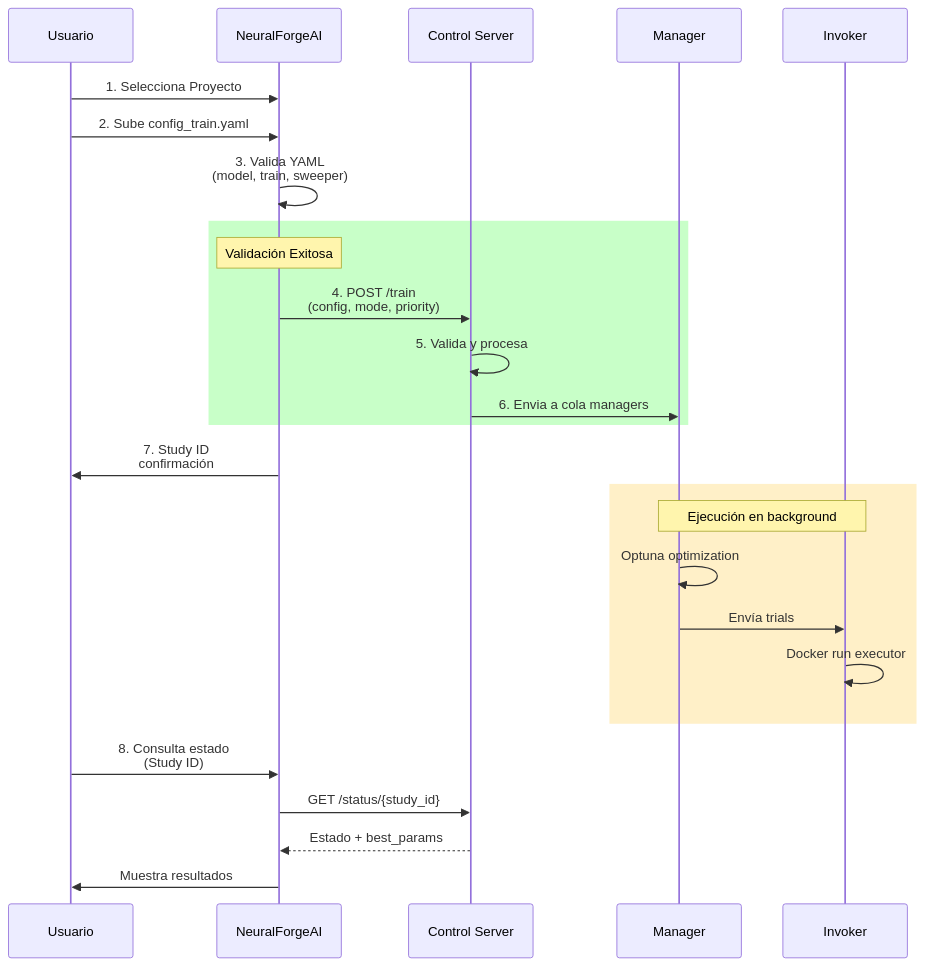
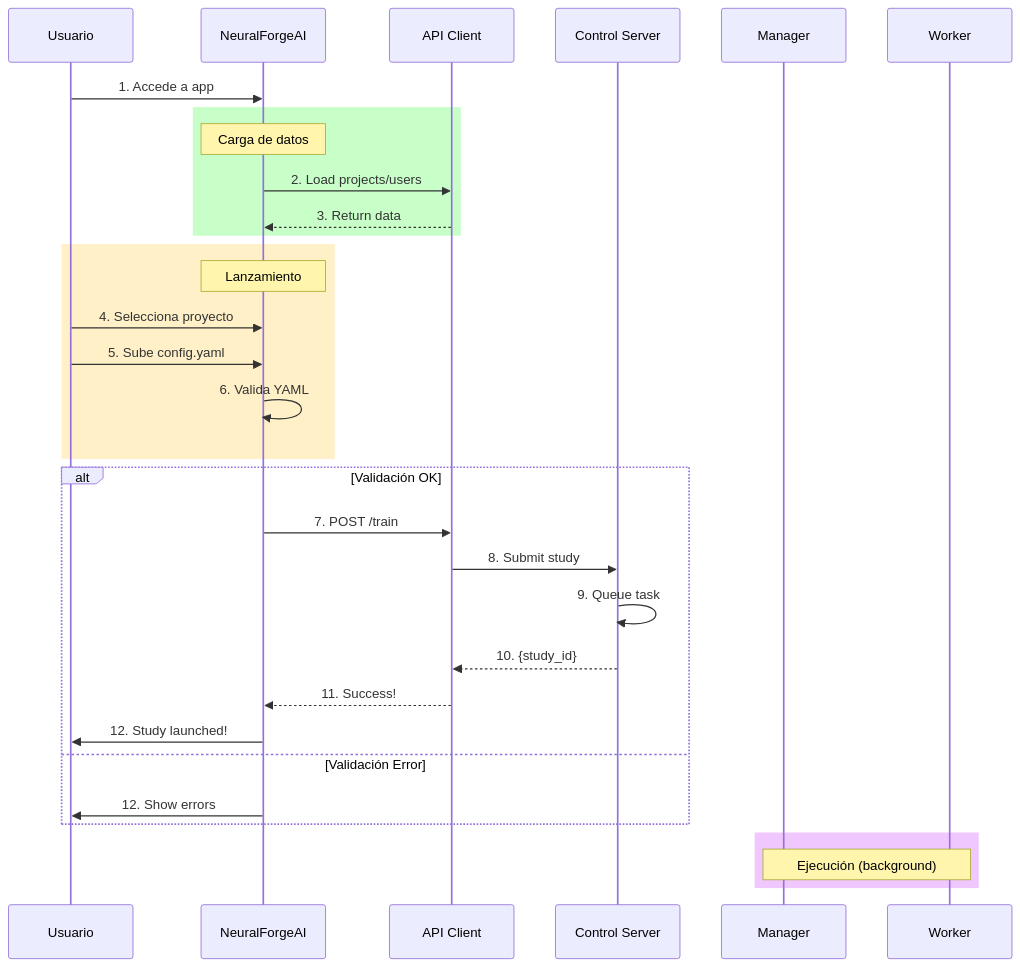
One commit to wisrovi/NeuralForgeAI changed the second of 3 diagrams in README.md. Above: the diagram before and after it, drawn with Mermaid. The commit also changed other lines of this file, not shown here.

Commit message:
docs: Update README with architecture diagrams (walkthrough, workflow, components, lifecycle, files)

````diff
--- a/README.md
+++ b/README.md
@@ -49,33 +60,39 @@
 ```mermaid
 sequenceDiagram
     participant U as Usuario
     participant UI as NeuralForgeAI
+    participant C as API Client
     participant API as Control Server
-    participant MGR as Manager
-    participant INV as Invoker
+    participant M as Manager
+    participant W as Worker
 
-    U->>UI: 1. Selecciona Proyecto
-    U->>UI: 2. Sube config_train.yaml
-    UI->>UI: 3. Valida YAML<br/>(model, train, sweeper)
+    U->>UI: 1. Accede a app
     
     rect rgb(200, 255, 200)
-        note over UI: Validación Exitosa
-        UI->>API: 4. POST /train<br/>(config, mode, priority)
-        API->>API: 5. Valida y procesa
-        API->>MGR: 6. Envia a cola managers
+        note over UI: Carga de datos
+        UI->>C: 2. Load projects/users
+        C-->>UI: 3. Return data
     end
     
-    UI->>U: 7. Study ID<br/>confirmación
-    
     rect rgb(255, 240, 200)
-        note over MGR,INV: Ejecución en background
-        MGR->>MGR: Optuna optimization
-        MGR->>INV: Envía trials
-        INV->>INV: Docker run executor
+        note over UI: Lanzamiento
+        U->>UI: 4. Selecciona proyecto
+        U->>UI: 5. Sube config.yaml
+        UI->>UI: 6. Valida YAML
     end
     
-    U->>UI: 8. Consulta estado<br/>(Study ID)
-    UI->>API: GET /status/{study_id}
-    API-->>UI: Estado + best_params
-    UI->>U: Muestra resultados
+    alt Validación OK
+        UI->>C: 7. POST /train
+        C->>API: 8. Submit study
+        API->>API: 9. Queue task
+        API-->>C: 10. {study_id}
+        C-->>UI: 11. Success!
+        UI->>U: 12. Study launched!
+    else Validación Error
+        UI->>U: 12. Show errors
+    end
+    
+    rect rgb(240, 200, 255)
+        note over M,W: Ejecución (background)
+    end
 ```
````
